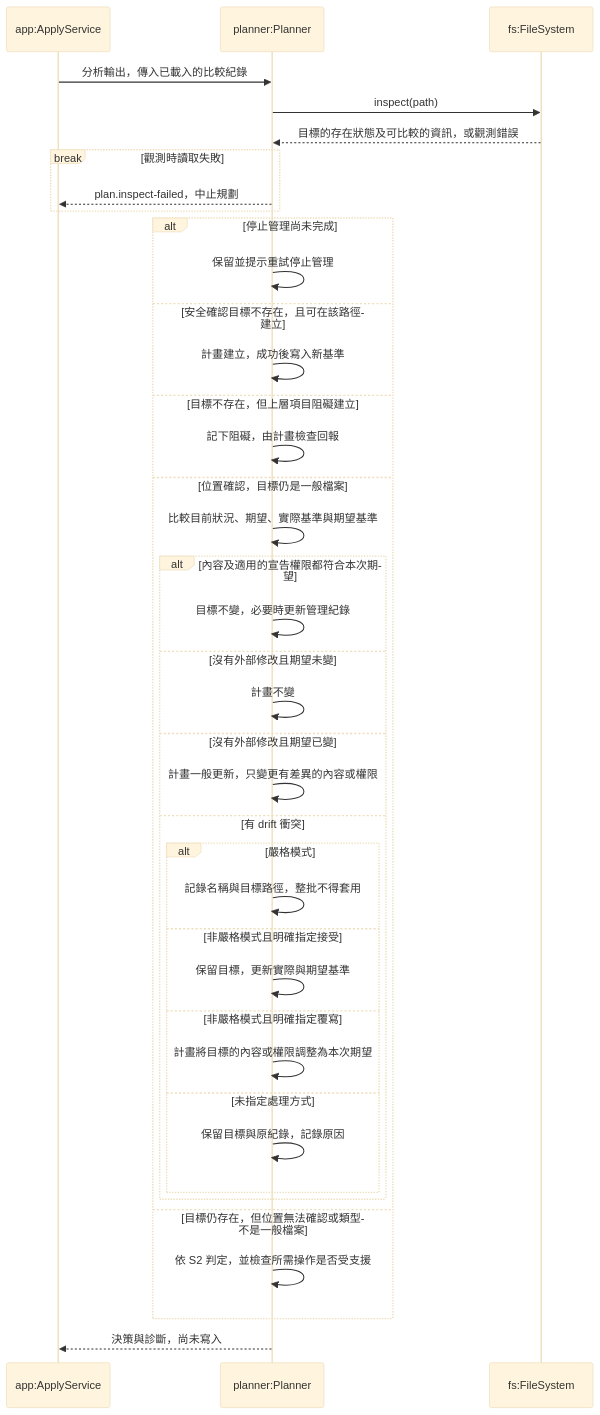
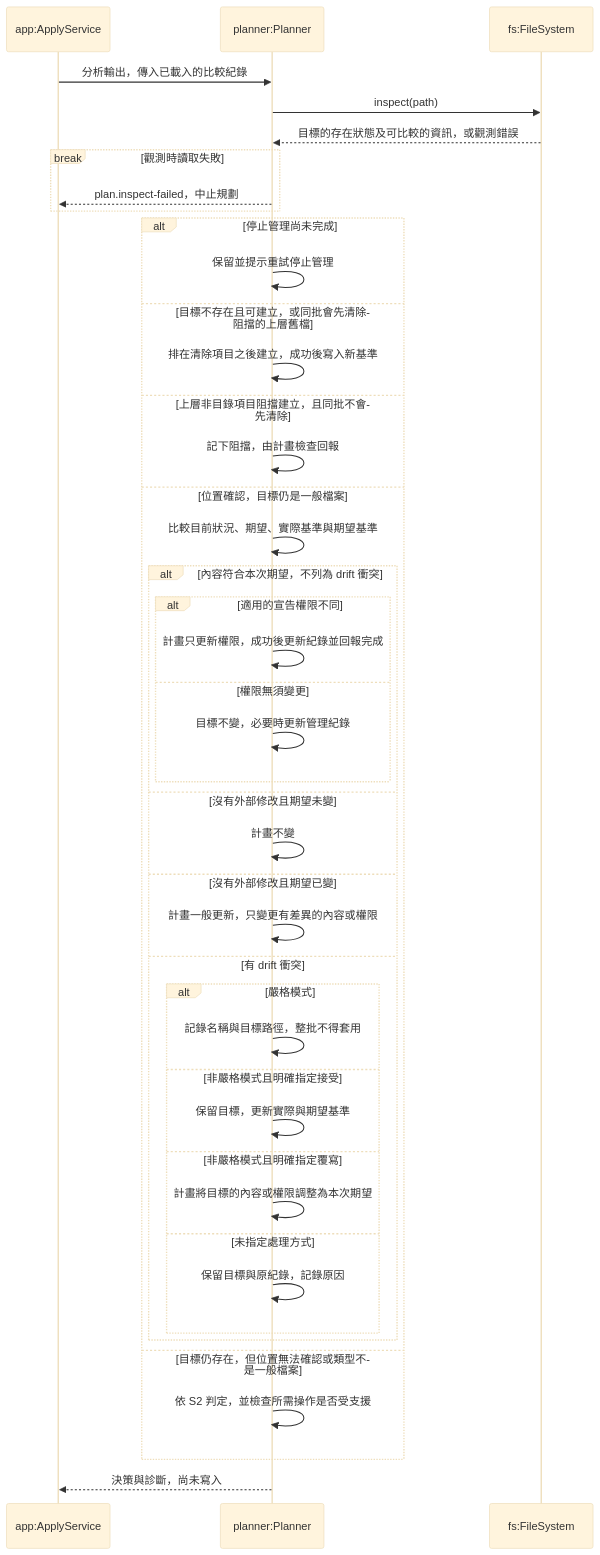
Before and after one commit to accidental-two-timer-sam-woof/rosamta-waterfall: the seventh of 10 diagrams in docs/03-preliminary-design/uml.md, drawn with Mermaid (base theme). The commit also changed other lines of this file, not shown here.

Commit message:
docs(uml): align drift planning and cleanup ordering

````diff
--- a/docs/03-preliminary-design/uml.md
+++ b/docs/03-preliminary-design/uml.md
@@ -551,41 +551,45 @@
 ```mermaid
 sequenceDiagram
     participant A as app:ApplyService
     participant P as planner:Planner
     participant F as fs:FileSystem
     A->>P: 分析輸出，傳入已載入的比較紀錄
     P->>F: inspect(path)
     F-->>P: 目標的存在狀態及可比較的資訊，或觀測錯誤
     break 觀測時讀取失敗
         P-->>A: plan.inspect-failed，中止規劃
     end
     alt 停止管理尚未完成
         P->>P: 保留並提示重試停止管理
-    else 安全確認目標不存在，且可在該路徑建立
-        P->>P: 計畫建立，成功後寫入新基準
-    else 目標不存在，但上層項目阻礙建立
-        P->>P: 記下阻礙，由計畫檢查回報
+    else 目標不存在且可建立，或同批會先清除阻擋的上層舊檔
+        P->>P: 排在清除項目之後建立，成功後寫入新基準
+    else 上層非目錄項目阻擋建立，且同批不會先清除
+        P->>P: 記下阻擋，由計畫檢查回報
     else 位置確認，目標仍是一般檔案
         P->>P: 比較目前狀況、期望、實際基準與期望基準
-        alt 內容及適用的宣告權限都符合本次期望
-            P->>P: 目標不變，必要時更新管理紀錄
+        alt 內容符合本次期望，不列為 drift 衝突
+            alt 適用的宣告權限不同
+                P->>P: 計畫只更新權限，成功後更新紀錄並回報完成
+            else 權限無須變更
+                P->>P: 目標不變，必要時更新管理紀錄
+            end
         else 沒有外部修改且期望未變
             P->>P: 計畫不變
         else 沒有外部修改且期望已變
             P->>P: 計畫一般更新，只變更有差異的內容或權限
         else 有 drift 衝突
             alt 嚴格模式
                 P->>P: 記錄名稱與目標路徑，整批不得套用
             else 非嚴格模式且明確指定接受
                 P->>P: 保留目標，更新實際與期望基準
             else 非嚴格模式且明確指定覆寫
                 P->>P: 計畫將目標的內容或權限調整為本次期望
             else 未指定處理方式
                 P->>P: 保留目標與原紀錄，記錄原因
             end
         end
     else 目標仍存在，但位置無法確認或類型不是一般檔案
         P->>P: 依 S2 判定，並檢查所需操作是否受支援
     end
     P-->>A: 決策與診斷，尚未寫入
 ```
````
